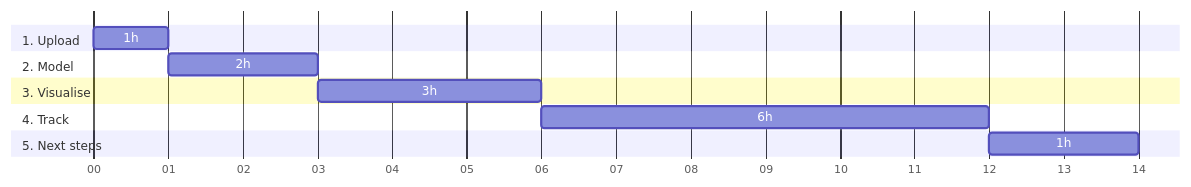
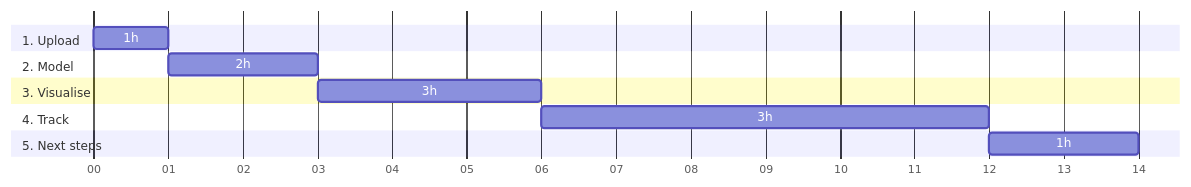
The second of 2 diagrams in content/_index.md (snowplow/advanced-analytics-mobile-accelerator), drawn with Mermaid before and after one commit. The commit also changed other lines of this file and 13 other files, not shown here.

```diff
--- a/content/_index.md
+++ b/content/_index.md
@@ -107,16 +87,16 @@
 {{<mermaid>}}
 gantt
         dateFormat  HH-mm
         axisFormat %M
         section 1. Upload
         1h          :upload, 00-00, 1m
         section 2. Model
         2h          :model, after upload, 2m
         section 3. Visualise
         3h          :visualise, after model, 3m
         section 4. Track
-        6h          :track, after visualise, 6m
+        3h          :track, after visualise, 6m
         section 5. Next steps
         1h          :next steps, after track, 2m
 
 {{</mermaid >}}
```
